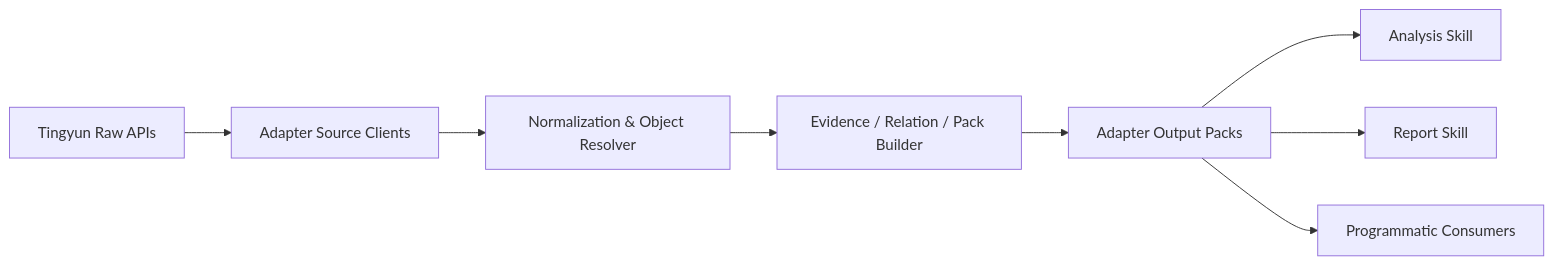
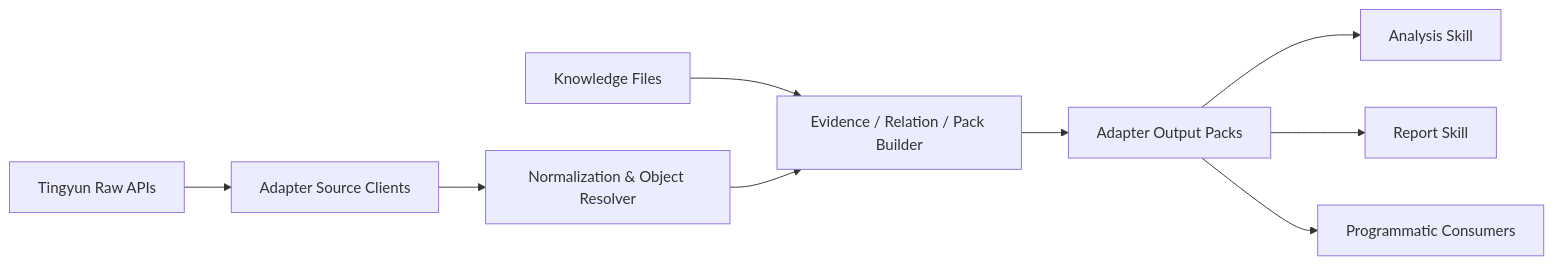
Before and after one commit to wrd233/tingyun: the first of 2 diagrams in tingyun_adapter/adapter_project_architecture.md, drawn with Mermaid. The commit also changed other lines of this file and 9 other files, not shown here.

````diff
--- a/tingyun_adapter/adapter_project_architecture.md
+++ b/tingyun_adapter/adapter_project_architecture.md
@@ -98,10 +100,11 @@
 ```mermaid
 flowchart LR
     A["Tingyun Raw APIs"] --> B["Adapter Source Clients"]
     B --> C["Normalization & Object Resolver"]
-    C --> D["Evidence / Relation / Pack Builder"]
+    I["Knowledge Files"] --> D["Evidence / Relation / Pack Builder"]
+    C --> D
     D --> E["Adapter Output Packs"]
     E --> F["Analysis Skill"]
     E --> G["Report Skill"]
     E --> H["Programmatic Consumers"]
 ```
````
